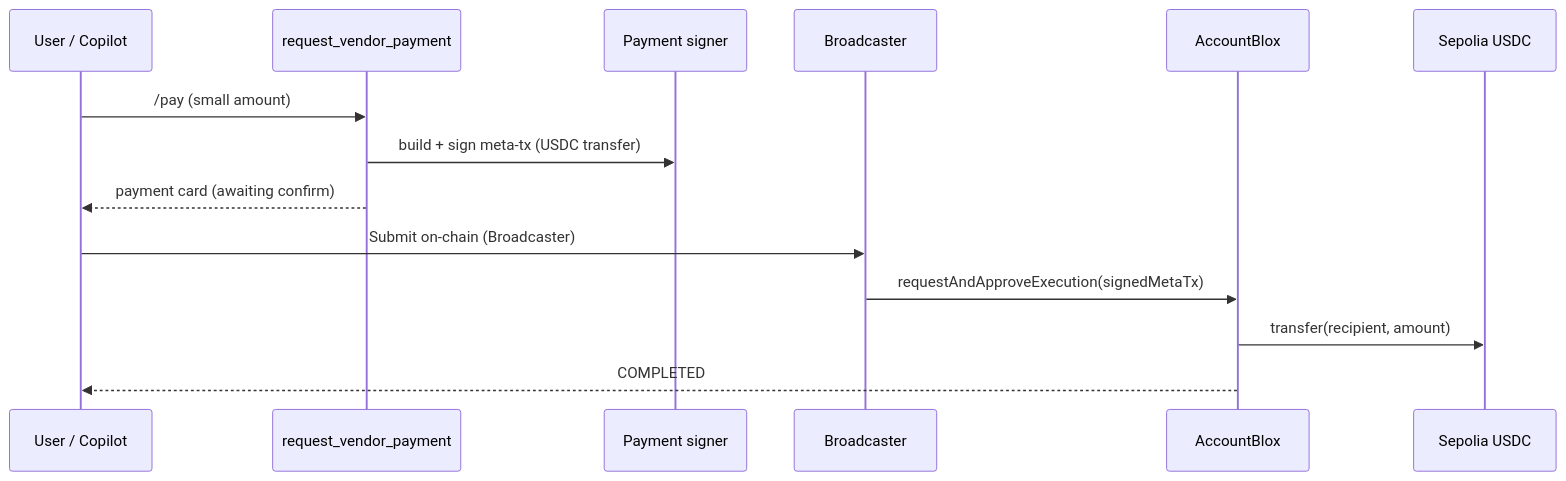
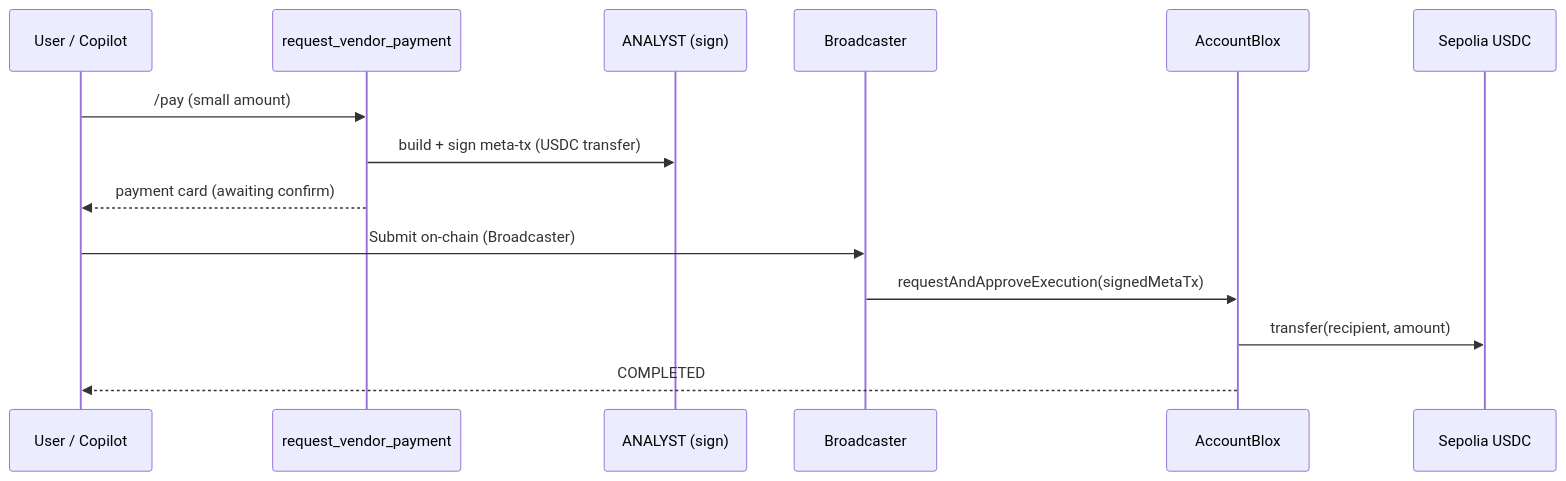
One commit to PracticalParticle/AgentBlox changed the third of 4 diagrams in docs/on-chain-execution-flow.md. Above: the diagram before and after it, drawn with Mermaid. The commit also changed other lines of this file and 22 other files, not shown here.

````diff
--- a/docs/on-chain-execution-flow.md
+++ b/docs/on-chain-execution-flow.md
@@ -108,17 +108,17 @@
 ```mermaid
 sequenceDiagram
     participant User as User / Copilot
     participant Tool as request_vendor_payment
-    participant Sign as Payment signer
+    participant Analyst as ANALYST (sign)
     participant BC as Broadcaster
     participant AB as AccountBlox
     participant USDC as Sepolia USDC
 
     User->>Tool: /pay (small amount)
-    Tool->>Sign: build + sign meta-tx (USDC transfer)
+    Tool->>Analyst: build + sign meta-tx (USDC transfer)
     Tool-->>User: payment card (awaiting confirm)
     User->>BC: Submit on-chain (Broadcaster)
     BC->>AB: requestAndApproveExecution(signedMetaTx)
     AB->>USDC: transfer(recipient, amount)
     AB-->>User: COMPLETED
 ```
````
